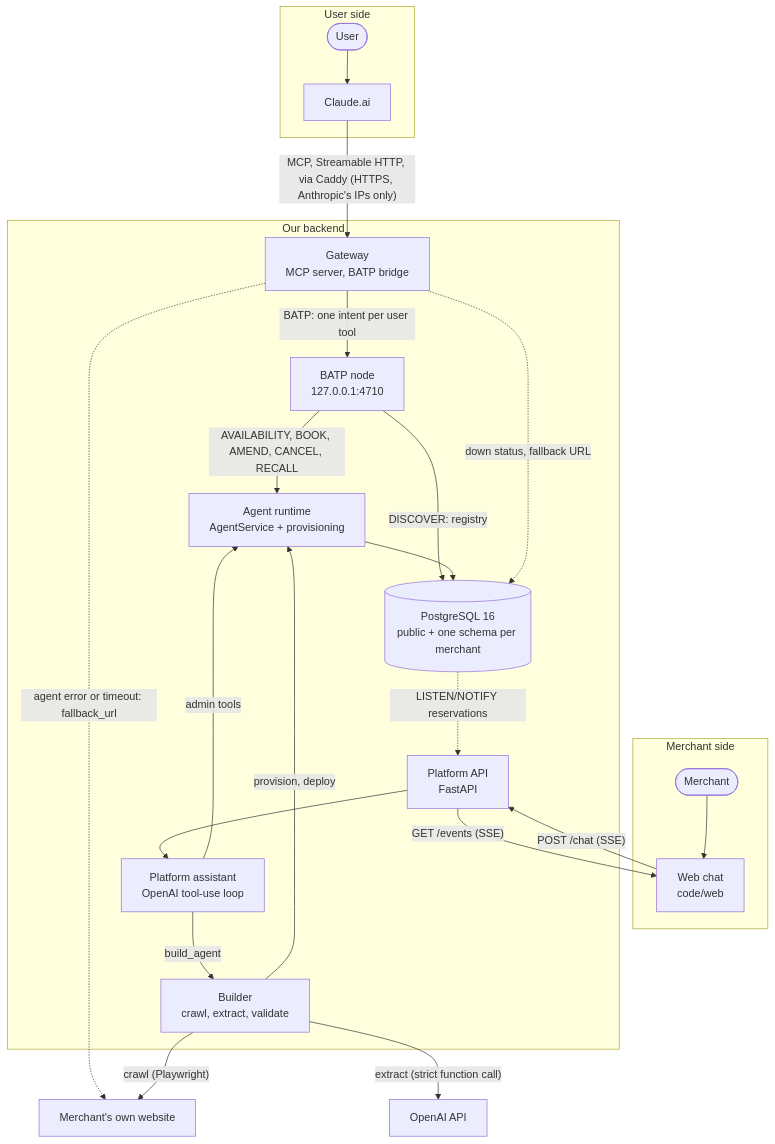
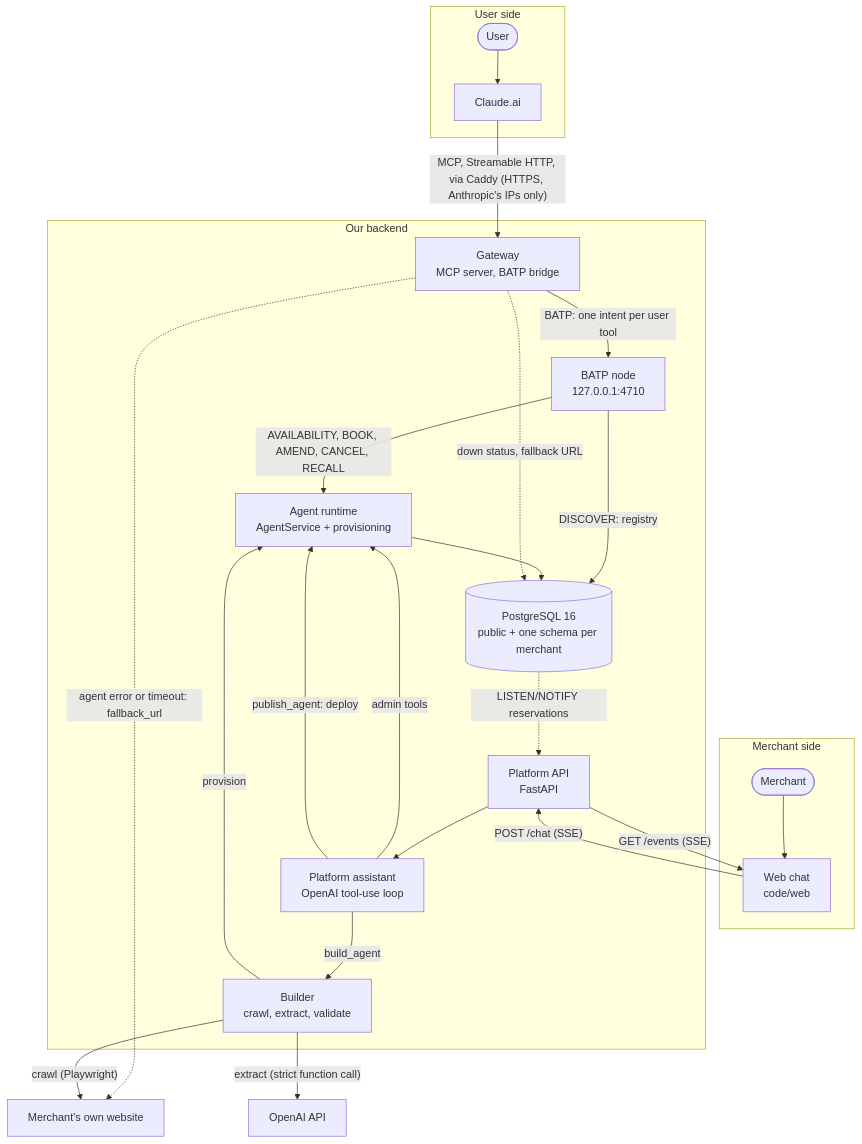
Before and after one commit to MaxEntz/BaselHack2026: the first of 2 diagrams in documentation/ARCHITECTURE.md, drawn with Mermaid. The commit also changed 31 other files, not shown here.

````diff
--- a/documentation/ARCHITECTURE.md
+++ b/documentation/ARCHITECTURE.md
@@ -12,39 +12,40 @@
 ```mermaid
 flowchart TB
   subgraph USER["User side"]
     U(["User"]) --> C["Claude.ai"]
   end
 
   subgraph MERCHANT["Merchant side"]
     M(["Merchant"]) --> WEB["Web chat<br/>code/web"]
   end
 
   subgraph BACKEND["Our backend"]
     GW["Gateway<br/>MCP server, BATP bridge"]
     NODE["BATP node<br/>127.0.0.1:4710"]
     AG["Agent runtime<br/>AgentService + provisioning"]
     DB[("PostgreSQL 16<br/>public + one schema per merchant")]
     PL["Platform API<br/>FastAPI"]
     ASSIST["Platform assistant<br/>OpenAI tool-use loop"]
     BU["Builder<br/>crawl, extract, validate"]
   end
 
   C -->|"MCP, Streamable HTTP, via Caddy (HTTPS, Anthropic's IPs only)"| GW
   GW -->|"BATP: one intent per user tool"| NODE
   NODE -->|"AVAILABILITY, BOOK, AMEND, CANCEL, RECALL"| AG
   NODE -->|"DISCOVER: registry"| DB
   AG --> DB
   GW -.->|"down status, fallback URL"| DB
   GW -.->|"agent error or timeout: fallback_url"| SITE["Merchant's own website"]
 
   WEB -->|"POST /chat (SSE)"| PL
   PL --> ASSIST
   ASSIST -->|"admin tools"| AG
   ASSIST -->|"build_agent"| BU
   BU -->|"crawl (Playwright)"| SITE
   BU -->|"extract (strict function call)"| OAI["OpenAI API"]
-  BU -->|"provision, deploy"| AG
+  BU -->|"provision"| AG
+  ASSIST -->|"publish_agent: deploy"| AG
 
   DB -.->|"LISTEN/NOTIFY reservations"| PL
   PL -->|"GET /events (SSE)"| WEB
 ```
````
